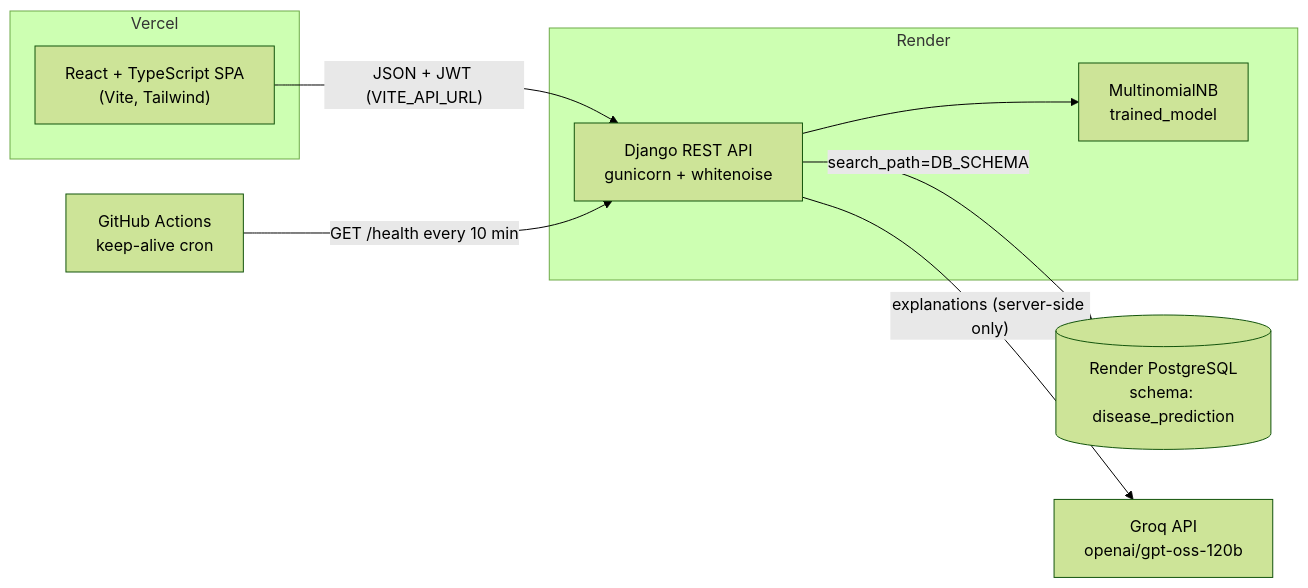
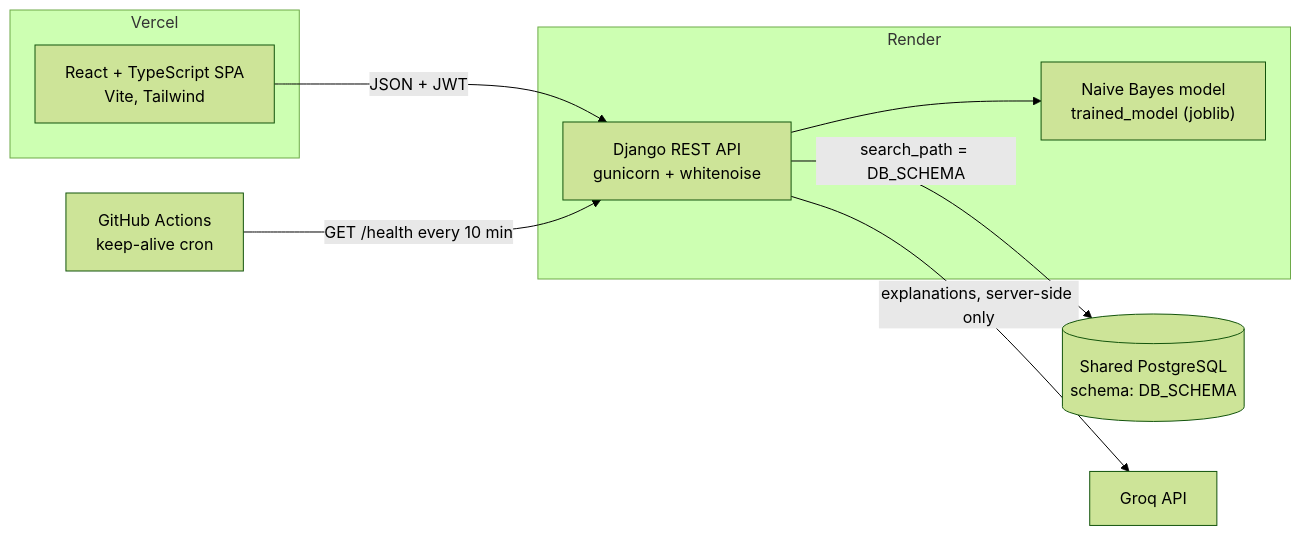
Before and after one commit to HarshBathija-04/Disease-Prediction: the diagram in README.md, drawn with Mermaid (forest theme). The commit also changed other lines of this file, not shown here.

````diff
--- a/README.md
+++ b/README.md
@@ -44,19 +40,19 @@
 ```mermaid
 flowchart LR
   subgraph Vercel
-    SPA["React + TypeScript SPA<br/>(Vite, Tailwind)"]
+    SPA["React + TypeScript SPA<br/>Vite, Tailwind"]
   end
   subgraph Render
     API["Django REST API<br/>gunicorn + whitenoise"]
-    ML["MultinomialNB<br/>trained_model"]
+    ML["Naive Bayes model<br/>trained_model (joblib)"]
   end
-  DB[("Render PostgreSQL<br/>schema: disease_prediction")]
-  GROQ["Groq API<br/>openai/gpt-oss-120b"]
+  DB[("Shared PostgreSQL<br/>schema: DB_SCHEMA")]
+  GROQ["Groq API"]
   GH["GitHub Actions<br/>keep-alive cron"]
 
-  SPA -- "JSON + JWT (VITE_API_URL)" --> API
+  SPA -- "JSON + JWT" --> API
   API --> ML
-  API -- "search_path=DB_SCHEMA" --> DB
-  API -- "explanations (server-side only)" --> GROQ
+  API -- "search_path = DB_SCHEMA" --> DB
+  API -- "explanations, server-side only" --> GROQ
   GH -- "GET /health every 10 min" --> API
 ```
````
